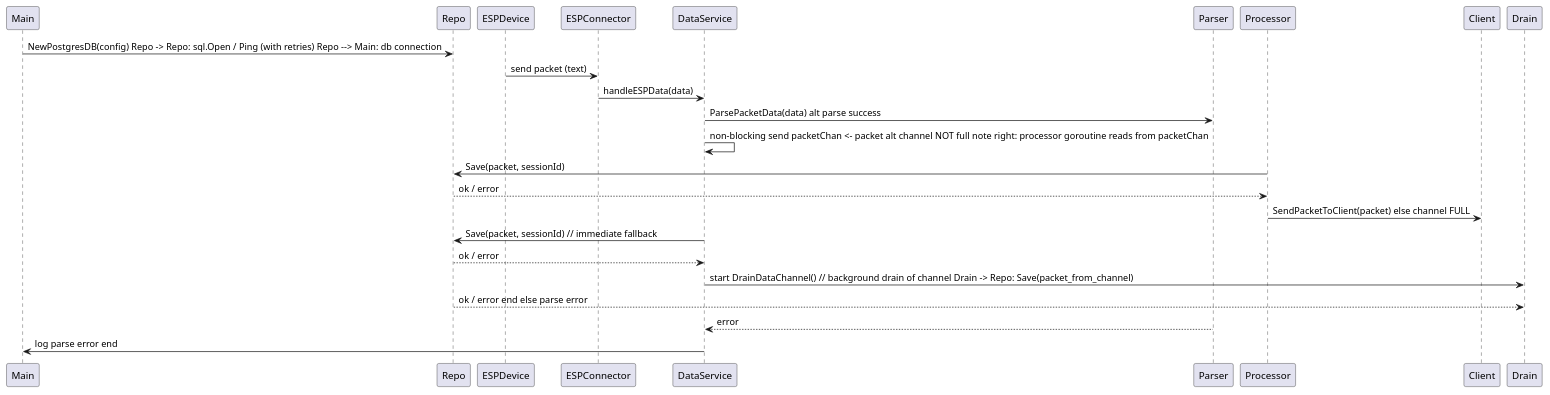
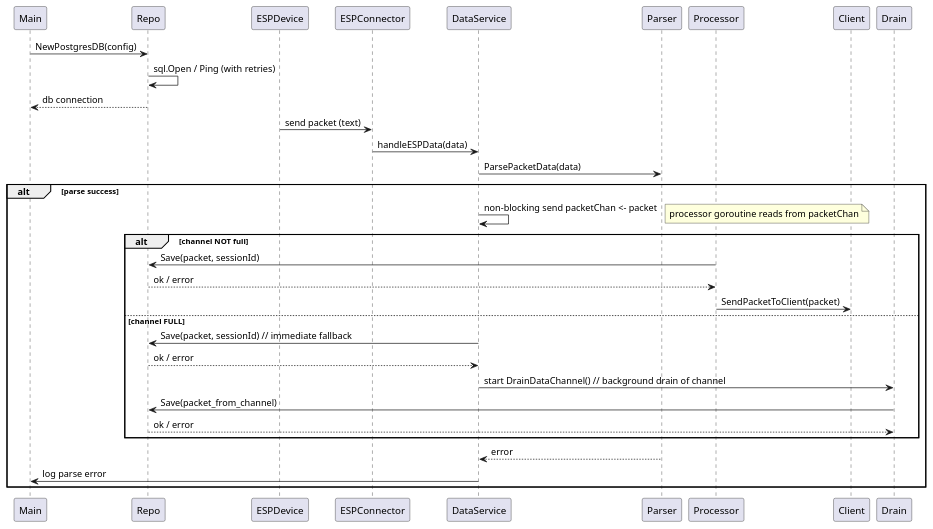
One commit to RedBlackHoodie/GsmLoraServer changed the diagram in doc/db.puml. Above: the diagram before and after it, drawn with PlantUML. The commit also changed 5 other files, not shown here.

```diff
--- a/doc/db.puml
+++ b/doc/db.puml
@@ -1,18 +1,27 @@
 @startuml title DB interactions: packet lifecycle -> persistence actor Main actor ESPDevice participant "ESPConnector" as ESPConnector participant "DataService" as DataService participant "PacketParser" as Parser participant "PostgresRepo (Repo)" as Repo participant "processPackets goroutine" as Processor participant "DrainDataChannel goroutine" as Drain participant Client
 
-Main -> Repo: NewPostgresDB(config) Repo -> Repo: sql.Open / Ping (with retries) Repo --> Main: db connection
+Main -> Repo: NewPostgresDB(config)
+Repo -> Repo: sql.Open / Ping (with retries)
+Repo --> Main: db connection
 
 ESPDevice -> ESPConnector: send packet (text)
 ESPConnector -> DataService: handleESPData(data)
-DataService -> Parser: ParsePacketData(data) alt parse success
-DataService -> DataService: non-blocking send packetChan <- packet alt channel NOT full note right: processor goroutine reads from packetChan
+DataService -> Parser: ParsePacketData(data)
+alt parse success
+DataService -> DataService: non-blocking send packetChan <- packet
+alt channel NOT full
+note right: processor goroutine reads from packetChan
 Processor -> Repo: Save(packet, sessionId)
 Repo --> Processor: ok / error
-Processor -> Client: SendPacketToClient(packet) else channel FULL
+Processor -> Client: SendPacketToClient(packet)
+else channel FULL
 DataService -> Repo: Save(packet, sessionId) // immediate fallback
 Repo --> DataService: ok / error
-DataService -> Drain: start DrainDataChannel() // background drain of channel Drain -> Repo: Save(packet_from_channel)
-Repo --> Drain: ok / error end else parse error
+DataService -> Drain: start DrainDataChannel() // background drain of channel
+Drain -> Repo: Save(packet_from_channel)
+Repo --> Drain: ok / error
+end else parse error
 Parser --> DataService: error
-DataService -> Main: log parse error end
+DataService -> Main: log parse error
+end
 @enduml
```
